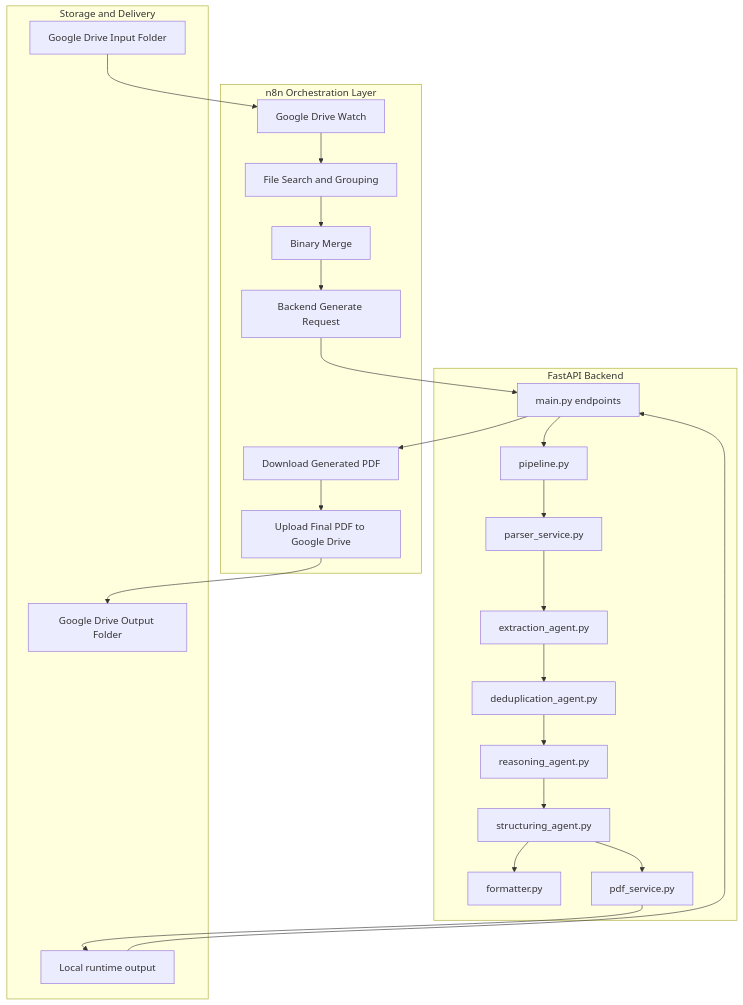
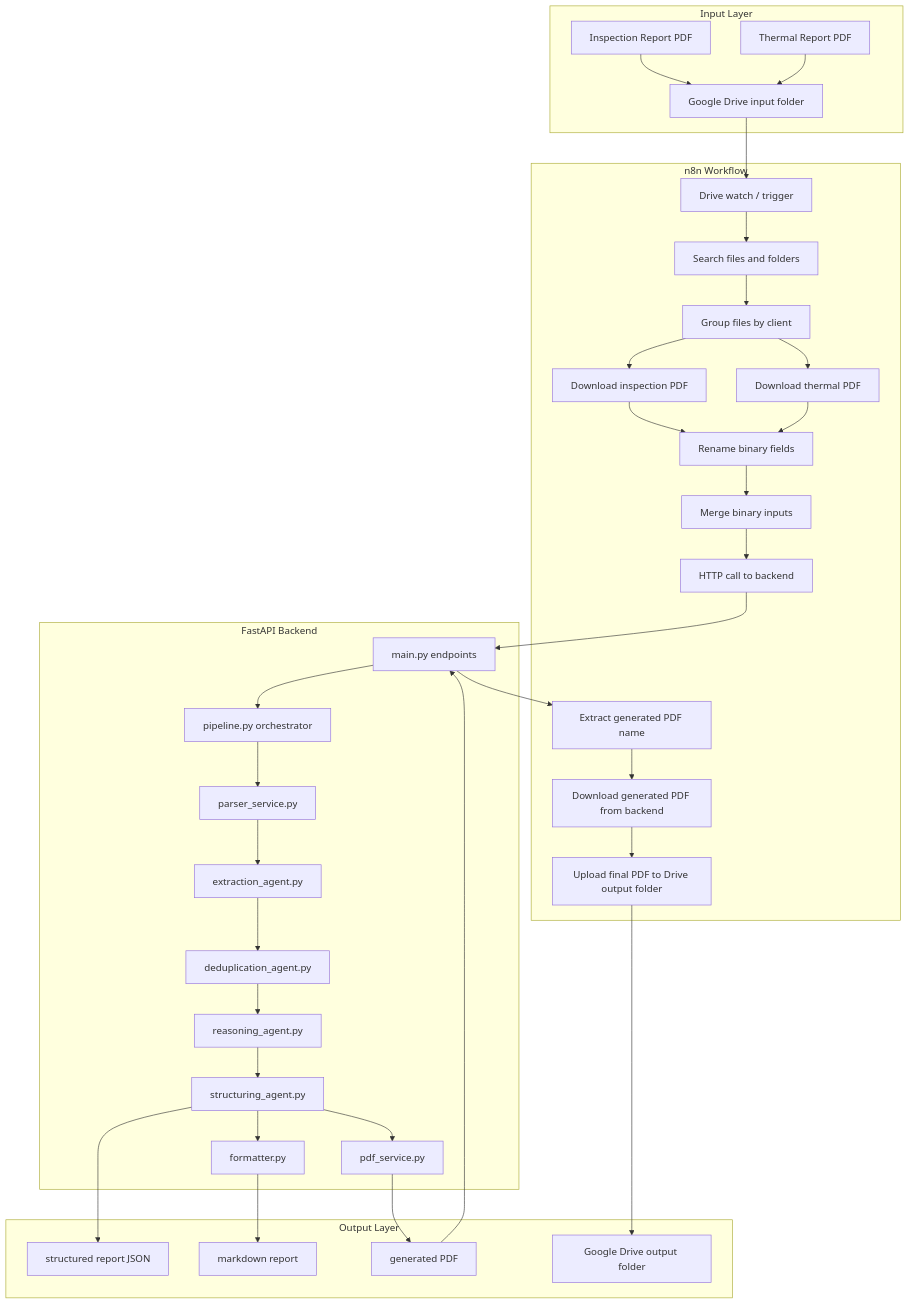
The second of 2 diagrams in README.md (SajeevSenthil/ai-ddr-report-generator), drawn with Mermaid before and after one commit. The commit also changed other lines of this file, not shown here.

````diff
--- a/README.md
+++ b/README.md
@@ -138,48 +62,70 @@
 ```mermaid
 flowchart TD
-    subgraph Orchestration["n8n Orchestration Layer"]
-        O1[Google Drive Watch]
-        O2[File Search and Grouping]
-        O3[Binary Merge]
-        O4[Backend Generate Request]
-        O5[Download Generated PDF]
-        O6[Upload Final PDF to Google Drive]
+    subgraph InputLayer["Input Layer"]
+        I1[Inspection Report PDF]
+        I2[Thermal Report PDF]
+        I3[Google Drive input folder]
+    end
+
+    subgraph Orchestration["n8n Workflow"]
+        O1[Drive watch / trigger]
+        O2[Search files and folders]
+        O3[Group files by client]
+        O4[Download inspection PDF]
+        O5[Download thermal PDF]
+        O6[Rename binary fields]
+        O7[Merge binary inputs]
+        O8[HTTP call to backend]
+        O9[Extract generated PDF name]
+        O10[Download generated PDF from backend]
+        O11[Upload final PDF to Drive output folder]
     end
 
     subgraph Backend["FastAPI Backend"]
         B1[main.py endpoints]
-        B2[pipeline.py]
+        B2[pipeline.py orchestrator]
         B3[parser_service.py]
         B4[extraction_agent.py]
         B5[deduplication_agent.py]
         B6[reasoning_agent.py]
         B7[structuring_agent.py]
         B8[formatter.py]
         B9[pdf_service.py]
     end
 
-    subgraph Storage["Storage and Delivery"]
-        S1[Google Drive Input Folder]
-        S2[Google Drive Output Folder]
-        S3[Local runtime output]
+    subgraph OutputLayer["Output Layer"]
+        OX1[structured report JSON]
+        OX2[markdown report]
+        OX3[generated PDF]
+        OX4[Google Drive output folder]
     end
 
-    S1 --> O1
+    I1 --> I3
+    I2 --> I3
+    I3 --> O1
     O1 --> O2
     O2 --> O3
     O3 --> O4
-    O4 --> B1
+    O3 --> O5
+    O4 --> O6
+    O5 --> O6
+    O6 --> O7
+    O7 --> O8
+    O8 --> B1
     B1 --> B2
     B2 --> B3
     B3 --> B4
     B4 --> B5
     B5 --> B6
     B6 --> B7
     B7 --> B8
     B7 --> B9
-    B9 --> S3
-    S3 --> B1
-    B1 --> O5
-    O5 --> O6
-    O6 --> S2
+    B8 --> OX2
+    B9 --> OX3
+    B7 --> OX1
+    OX3 --> B1
+    B1 --> O9
+    O9 --> O10
+    O10 --> O11
+    O11 --> OX4
 ```
````
